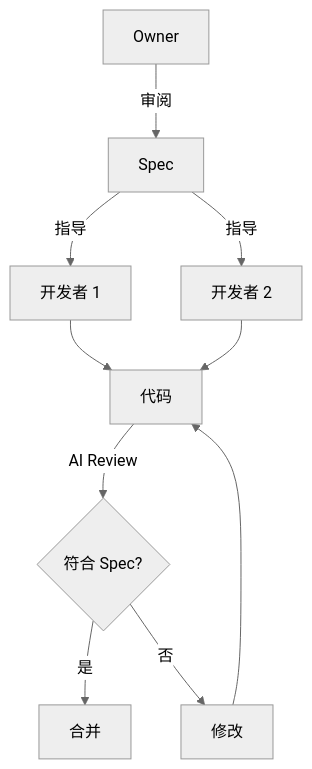
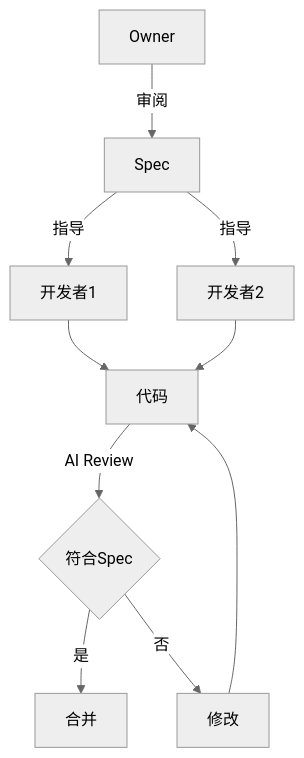
One commit to Wh1isper/wh1isper.github.io changed the ninth of 9 diagrams in source/_posts/2026-02-02-AI-Assisted-Development-Consistency.md. Above: the diagram before and after it, drawn with Mermaid (neutral theme). The commit also changed other lines of this file, not shown here.

Commit message:
Fix mermaid diagrams

````diff
--- a/source/_posts/2026-02-02-AI-Assisted-Development-Consistency.md
+++ b/source/_posts/2026-02-02-AI-Assisted-Development-Consistency.md
@@ -189,12 +193,12 @@
 ```mermaid
 flowchart TB
     A[Owner] -->|审阅| B[Spec]
-    B -->|指导| C[开发者 1]
-    B -->|指导| D[开发者 2]
+    B -->|指导| C[开发者1]
+    B -->|指导| D[开发者2]
     C --> E[代码]
     D --> E
-    E -->|AI Review| F{符合 Spec?}
+    E -->|AI Review| F{符合Spec}
     F -->|是| G[合并]
     F -->|否| H[修改]
     H --> E
 ```
````
